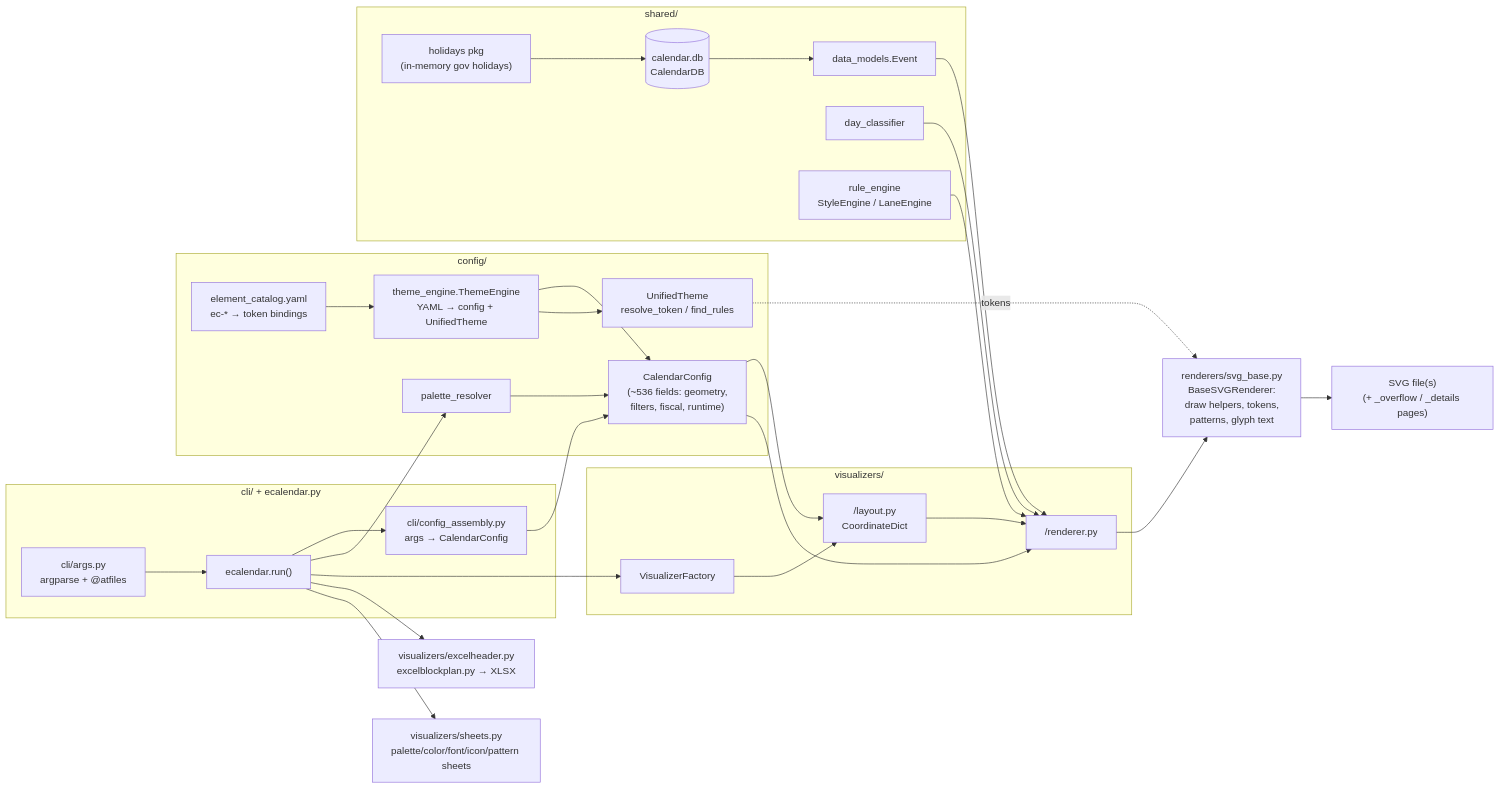
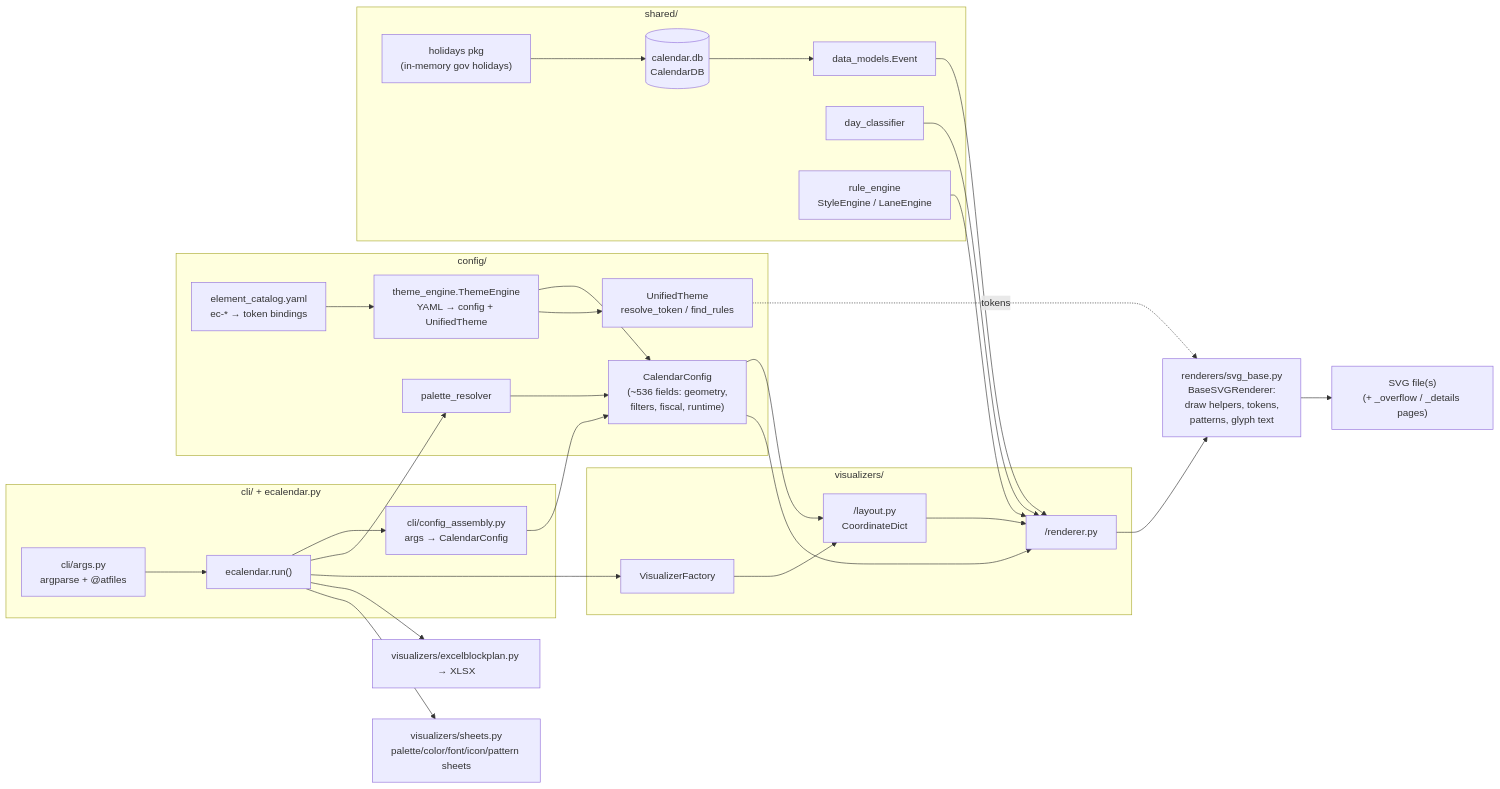
Before and after one commit to lee4321/calendarapp-: the diagram in docs/architecture/overview.md, drawn with Mermaid. The commit also changed 37 other files, not shown here.

````diff
--- a/docs/architecture/overview.md
+++ b/docs/architecture/overview.md
@@ -7,49 +7,49 @@
 ```mermaid
 flowchart LR
     subgraph CLI["cli/ + ecalendar.py"]
         ARGS["cli/args.py<br/>argparse + @atfiles"]
         RUN["ecalendar.run()"]
         ASM["cli/config_assembly.py<br/>args → CalendarConfig"]
     end
 
     subgraph CONF["config/"]
         CC["CalendarConfig<br/>(~536 fields: geometry,<br/>filters, fiscal, runtime)"]
         TE["theme_engine.ThemeEngine<br/>YAML → config + UnifiedTheme"]
         UT["UnifiedTheme<br/>resolve_token / find_rules"]
         CAT["element_catalog.yaml<br/>ec-* → token bindings"]
         PAL["palette_resolver"]
     end
 
     subgraph DATA["shared/"]
         DB[("calendar.db<br/>CalendarDB")]
         HOL["holidays pkg<br/>(in-memory gov holidays)"]
         EV["data_models.Event"]
         CLS["day_classifier"]
         RE["rule_engine<br/>StyleEngine / LaneEngine"]
     end
 
     subgraph VIZ["visualizers/"]
         FACT["VisualizerFactory"]
         LAY["<viz>/layout.py<br/>CoordinateDict"]
         REND["<viz>/renderer.py"]
     end
 
     BASE["renderers/svg_base.py<br/>BaseSVGRenderer:<br/>draw helpers, tokens,<br/>patterns, glyph text"]
 
     ARGS --> RUN --> ASM --> CC
     TE --> CC
     TE --> UT
     CAT --> TE
     RUN --> PAL --> CC
     RUN --> FACT --> LAY --> REND
     DB --> EV --> REND
     HOL --> DB
     CLS --> REND
     RE --> REND
     CC --> LAY
     CC --> REND
     UT -.tokens.-> BASE
     REND --> BASE --> OUT["SVG file(s)<br/>(+ _overflow / _details pages)"]
-    RUN --> XLS["visualizers/excelheader.py<br/>excelblockplan.py → XLSX"]
+    RUN --> XLS["visualizers/excelblockplan.py → XLSX"]
     RUN --> SHEETS["visualizers/sheets.py<br/>palette/color/font/icon/pattern sheets"]
 ```
````
